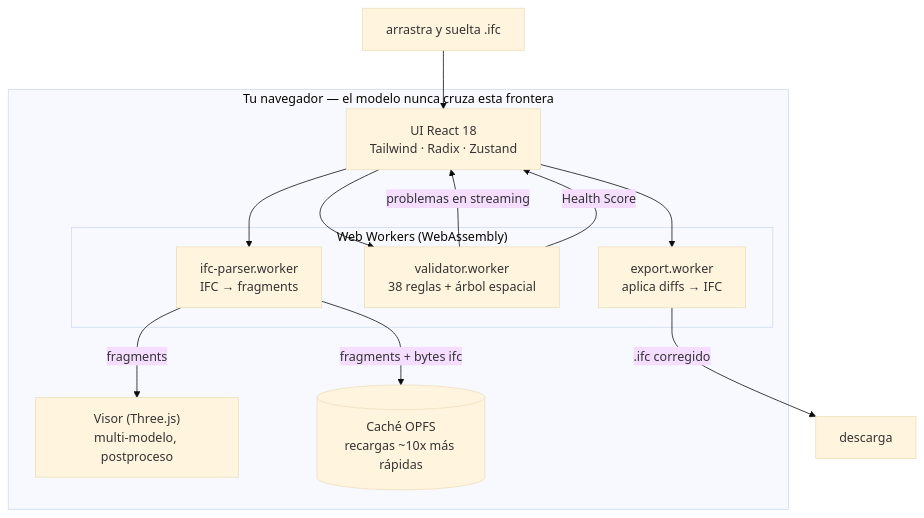
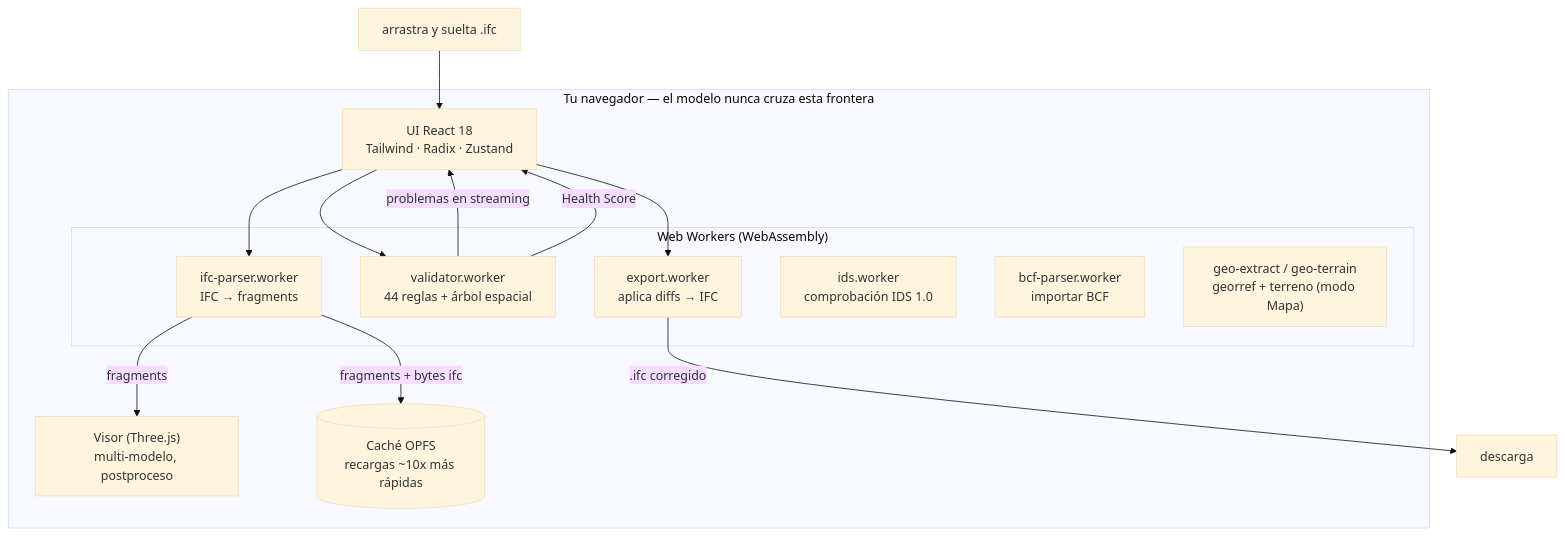
The second of 2 diagrams in README.es.md (j03rul4nd/ifc-viewer-online), drawn with Mermaid (base theme) before and after one commit. The commit also changed other lines of this file and 24 other files, not shown here.

````diff
--- a/README.es.md
+++ b/README.es.md
@@ -147,24 +149,27 @@
 ```mermaid
 flowchart TD
     subgraph BROWSER["Tu navegador — el modelo nunca cruza esta frontera"]
         UI["UI React 18<br/>Tailwind · Radix · Zustand"]
         VIEWER["Visor (Three.js)<br/>multi-modelo, postproceso"]
         CACHE[("Caché OPFS<br/>recargas ~10x más rápidas")]
 
         subgraph WORKERS["Web Workers (WebAssembly)"]
             PARSE["ifc-parser.worker<br/>IFC → fragments"]
-            VALID["validator.worker<br/>38 reglas + árbol espacial"]
+            VALID["validator.worker<br/>44 reglas + árbol espacial"]
             EXPORT["export.worker<br/>aplica diffs → IFC"]
+            IDS["ids.worker<br/>comprobación IDS 1.0"]
+            BCF["bcf-parser.worker<br/>importar BCF"]
+            GEO["geo-extract / geo-terrain<br/>georref + terreno (modo Mapa)"]
         end
     end
 
     FILE["arrastra y suelta .ifc"] --> UI
     UI --> PARSE
     PARSE -->|fragments| VIEWER
     PARSE -->|fragments + bytes ifc| CACHE
     UI --> VALID
     VALID -->|problemas en streaming| UI
     VALID -->|Health Score| UI
     UI --> EXPORT
     EXPORT -->|.ifc corregido| DL["descarga"]
 ```
````
